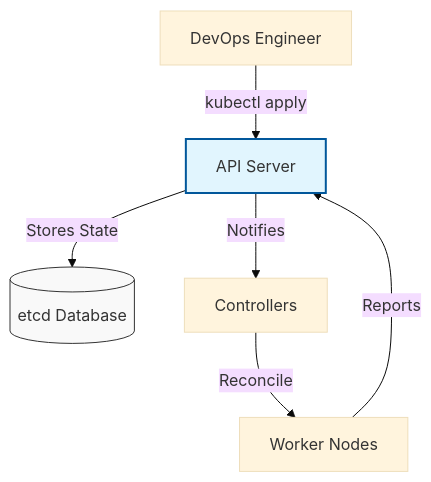
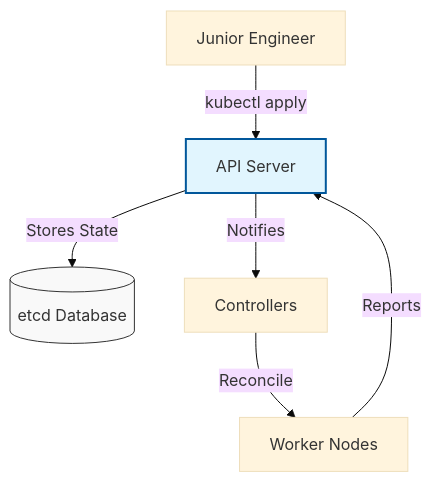
One commit to Ganil151/Devops changed the diagram in 2-Intermediate/03-Phase-3/01-Container-Orchestration/README.md. Above: the diagram before and after it, drawn with Mermaid (base theme). The commit also changed other lines of this file and 75 other files, not shown here.

````diff
--- a/2-Intermediate/03-Phase-3/01-Container-Orchestration/README.md
+++ b/2-Intermediate/03-Phase-3/01-Container-Orchestration/README.md
@@ -89,11 +34,11 @@
 ```mermaid
 graph TD
-    User[DevOps Engineer] -->|kubectl apply| API[API Server]
+    User[Junior Engineer] -->|kubectl apply| API[API Server]
     API -->|Stores State| ETCD[(etcd Database)]
     API -->|Notifies| CTRL[Controllers]
     CTRL -->|Reconcile| Node[Worker Nodes]
     Node -->|Reports| API
     
     style ETCD fill:#f9f9f9,stroke:#333
     style API fill:#e1f5fe,stroke:#01579b,stroke-width:2px
 ```
````
